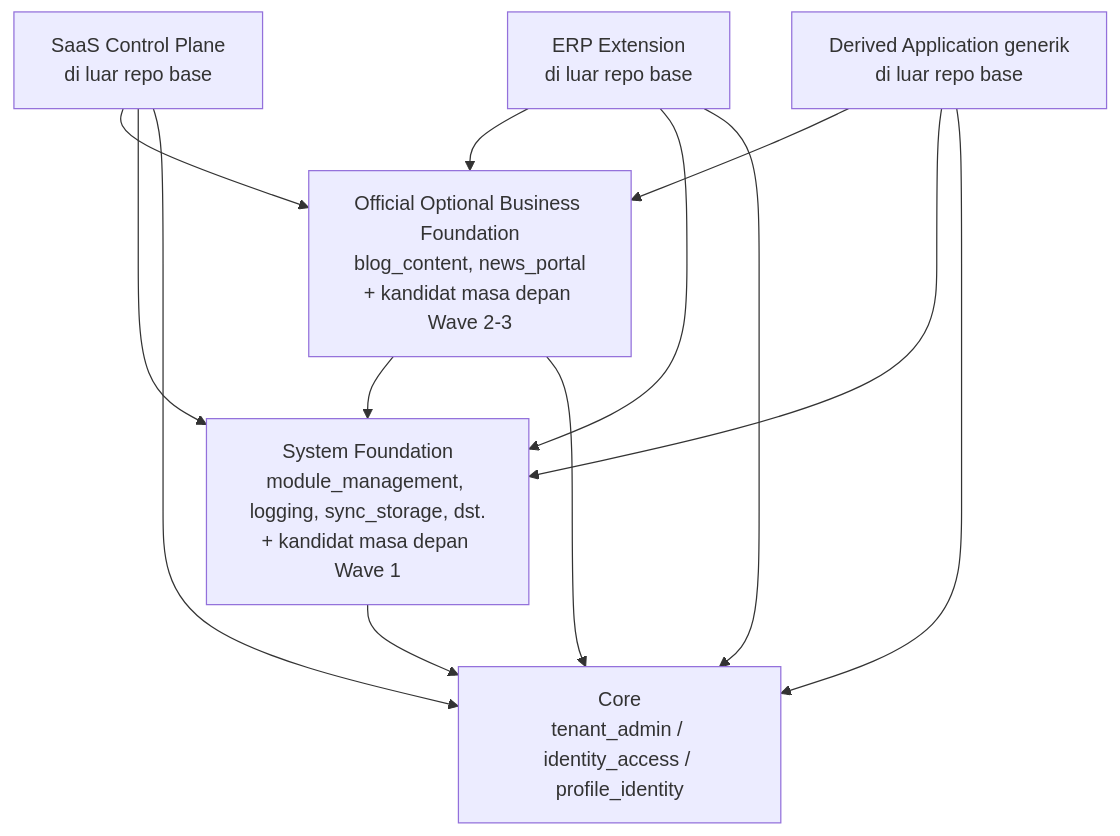
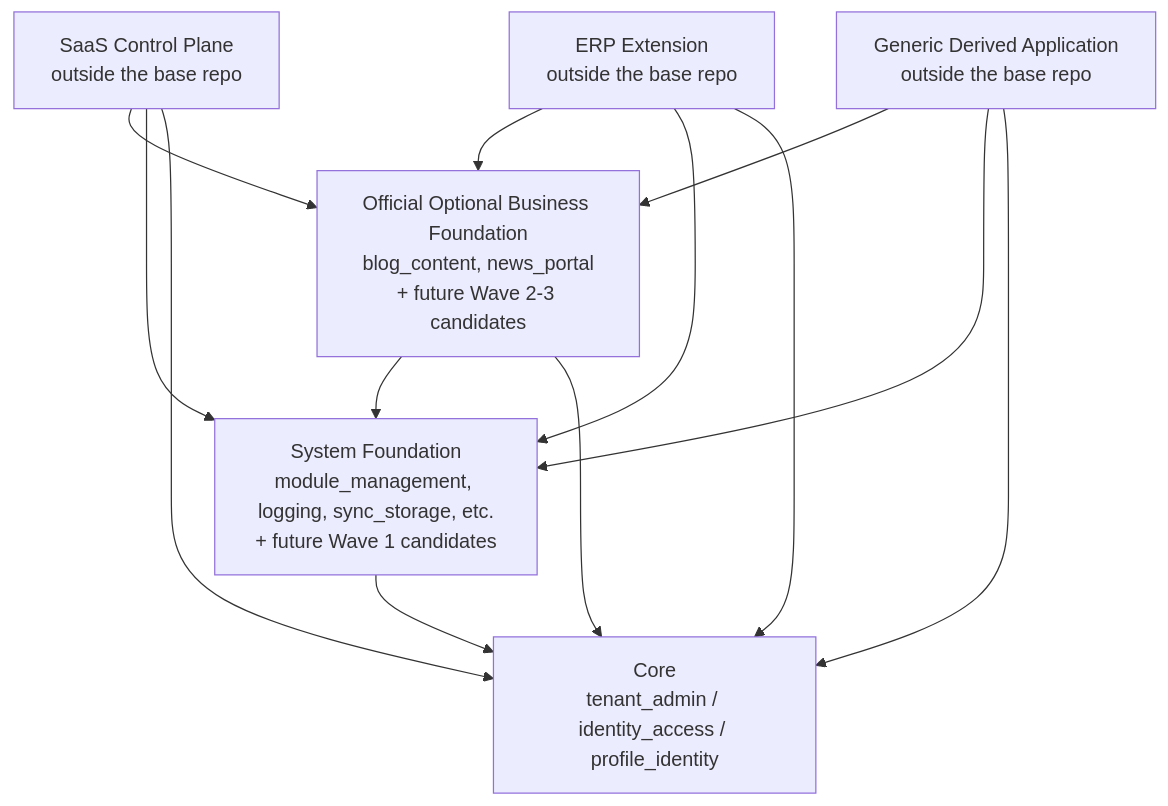
One commit to ahliweb/awcms changed the diagram in docs/adr/0013-extension-layers-and-boundary-model.md. Above: the diagram before and after it, drawn with Mermaid. The commit also changed other lines of this file and 603 other files, not shown here.

````diff
--- a/docs/adr/0013-extension-layers-and-boundary-model.md
+++ b/docs/adr/0013-extension-layers-and-boundary-model.md
@@ -45,22 +47,22 @@
 ```mermaid
 flowchart TD
   Core["Core<br/>tenant_admin / identity_access / profile_identity"]
-  Sys["System Foundation<br/>module_management, logging, sync_storage, dst.<br/>+ kandidat masa depan Wave 1"]
-  Opt["Official Optional Business Foundation<br/>blog_content, news_portal<br/>+ kandidat masa depan Wave 2-3"]
-  SaaS["SaaS Control Plane<br/>di luar repo base"]
-  ERP["ERP Extension<br/>di luar repo base"]
-  Der["Derived Application generik<br/>di luar repo base"]
+  Sys["System Foundation<br/>module_management, logging, sync_storage, etc.<br/>+ future Wave 1 candidates"]
+  Opt["Official Optional Business Foundation<br/>blog_content, news_portal<br/>+ future Wave 2-3 candidates"]
+  SaaS["SaaS Control Plane<br/>outside the base repo"]
+  ERP["ERP Extension<br/>outside the base repo"]
+  Der["Generic Derived Application<br/>outside the base repo"]
 
   Sys --> Core
   Opt --> Sys
   Opt --> Core
   SaaS --> Opt
   SaaS --> Sys
   SaaS --> Core
   ERP --> Opt
   ERP --> Sys
   ERP --> Core
   Der --> Opt
   Der --> Sys
   Der --> Core
 ```
````
